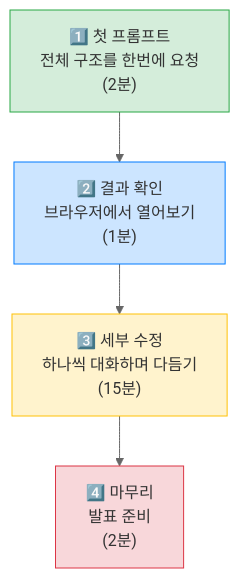
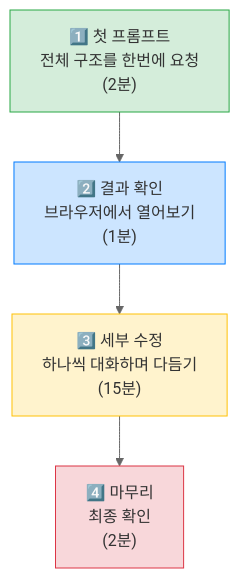
The diagram in module4-challenge/README.md (rornfdlek/kiro-workshop-gs25-52g), drawn with Mermaid (neutral theme) before and after one commit. The commit also changed other lines of this file and 6 other files, not shown here.

````diff
--- a/module4-challenge/README.md
+++ b/module4-challenge/README.md
@@ -98,11 +54,11 @@
 ```mermaid
 graph TD
     A["1️⃣ 첫 프롬프트<br/>전체 구조를 한번에 요청<br/>(2분)"] --> B["2️⃣ 결과 확인<br/>브라우저에서 열어보기<br/>(1분)"]
     B --> C["3️⃣ 세부 수정<br/>하나씩 대화하며 다듬기<br/>(15분)"]
-    C --> D["4️⃣ 마무리<br/>발표 준비<br/>(2분)"]
+    C --> D["4️⃣ 마무리<br/>최종 확인<br/>(2분)"]
     
     style A fill:#D4EDDA,stroke:#28A745,color:#333
     style B fill:#CCE5FF,stroke:#007BFF,color:#333
     style C fill:#FFF3CD,stroke:#FFC107,color:#333
     style D fill:#F8D7DA,stroke:#DC3545,color:#333
 ```
````
